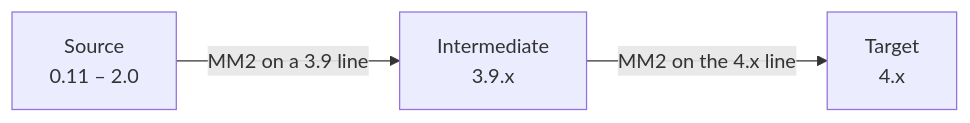
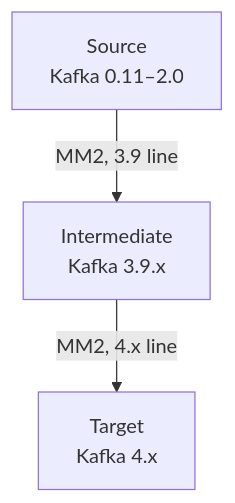
Before and after one commit to bmscomp/kates: the diagram in docs/book/23-legacy-source-migration.md, drawn with Mermaid. The commit also changed other lines of this file and 52 other files, not shown here.

````diff
--- a/docs/book/23-legacy-source-migration.md
+++ b/docs/book/23-legacy-source-migration.md
@@ -69,8 +68,8 @@
 ```mermaid
 %%| label: fig-legacy-two-hop-migration
-%%| fig-cap: "Two-hop migration topology bridging a pre-2.1 Kafka source to a 4.x target through an intermediate 3.9.x cluster."
-%%| fig-alt: "Flowchart from left to right: Source (0.11 – 2.0) replicates via MM2 on a 3.9 line to Intermediate (3.9.x), which replicates via MM2 on the 4.x line to Target (4.x)."
-flowchart LR
-    A["Source<br/>0.11 – 2.0"] -->|"MM2 on a 3.9 line"| B["Intermediate<br/>3.9.x"]
-    B -->|"MM2 on the 4.x line"| C["Target<br/>4.x"]
+%%| fig-cap: "A source below Kafka 2.1 needs two mirrors on two Kafka lines, so the migration is two migrations with the intermediate cluster as the system of record between them."
+%%| fig-alt: "Flowchart from top to bottom: Source (Kafka 0.11–2.0) replicates via MM2 on the 3.9 line to Intermediate (Kafka 3.9.x), which replicates via MM2 on the 4.x line to Target (Kafka 4.x)."
+flowchart TB
+    A["Source<br/>Kafka 0.11–2.0"] -->|"MM2, 3.9 line"| B["Intermediate<br/>Kafka 3.9.x"]
+    B -->|"MM2, 4.x line"| C["Target<br/>Kafka 4.x"]
 ```
````
